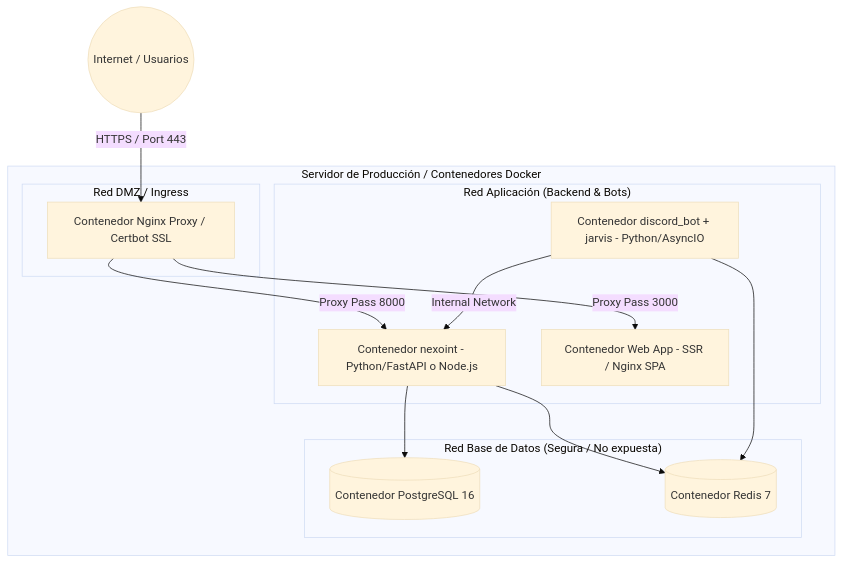
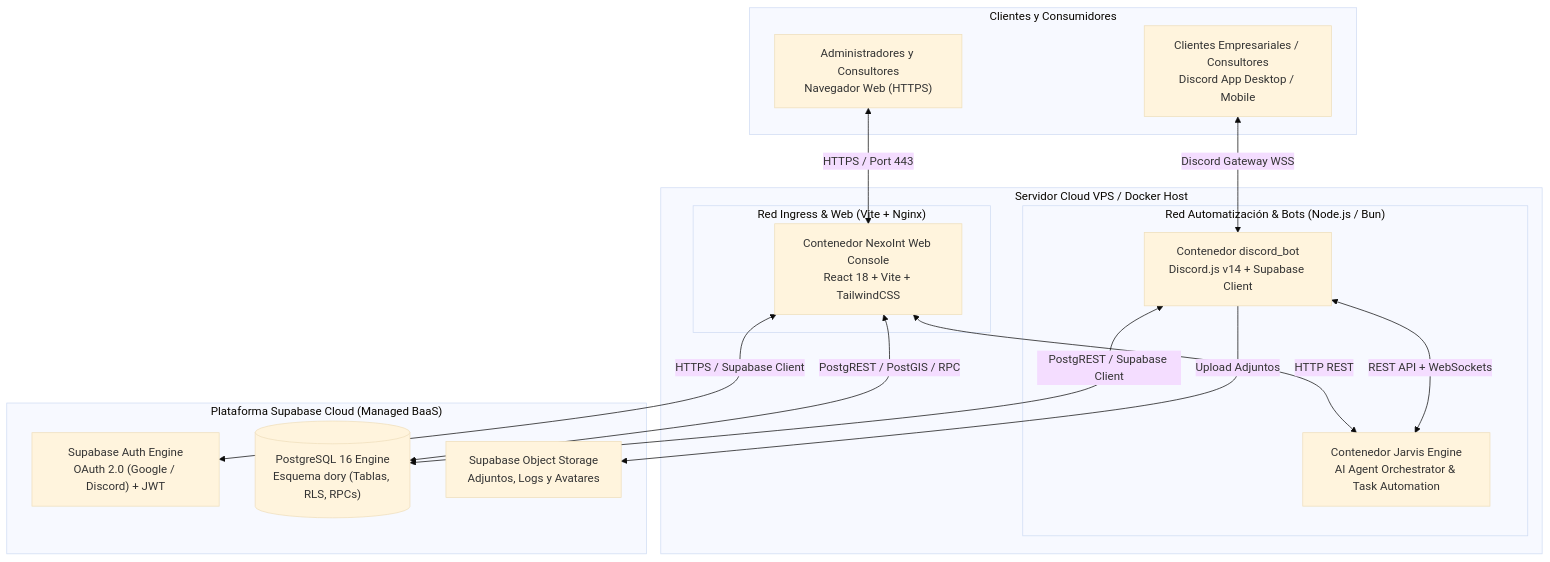
Before and after one commit to jesusalbujas/CONTROL-PST: the ninth of 12 diagrams in docs/proyectos/pst-4-arquitectura.md, drawn with Mermaid (base theme). The commit also changed other lines of this file and 1 other file, not shown here.

Commit message:
Enhance database documentation with new internal request field and detailed business rules for ERP Consultores

````diff
--- a/docs/proyectos/pst-4-arquitectura.md
+++ b/docs/proyectos/pst-4-arquitectura.md
@@ -406,27 +529,35 @@
 ```mermaid
 graph TB
-    subgraph sub_Servidor_de_Producci_n_Contenedores_Docker ["Servidor de Producción / Contenedores Docker"]
-        subgraph sub_Red_DMZ_Ingress ["Red DMZ / Ingress"]
-            NGINX["Contenedor Nginx Proxy / Certbot SSL"]
+    subgraph sub_Servidor_Cloud_VPS ["Servidor Cloud VPS / Docker Host"]
+        subgraph sub_Red_Ingress_Web ["Red Ingress & Web (Vite + Nginx)"]
+            SPA["Contenedor NexoInt Web Console<br>React 18 + Vite + TailwindCSS"]
         end
 
-        subgraph sub_Red_Aplicaci_n_Backend_Bots ["Red Aplicación (Backend & Bots)"]
-            NEXO["Contenedor nexoint - Python/FastAPI o Node.js"]
-            BOT_C["Contenedor discord_bot + jarvis - Python/AsyncIO"]
-            APP_WEB["Contenedor Web App - SSR / Nginx SPA"]
-        end
-
-        subgraph sub_Red_Base_de_Datos_Segura_No_expuesta ["Red Base de Datos (Segura / No expuesta)"]
-            PG_C[("Contenedor PostgreSQL 16")]
-            RED_C[("Contenedor Redis 7")]
+        subgraph sub_Red_Automatizacion_IA ["Red Automatización & Bots (Node.js / Bun)"]
+            BOT_CORE["Contenedor discord_bot<br>Discord.js v14 + Supabase Client"]
+            JARVIS_API["Contenedor Jarvis Engine<br>AI Agent Orchestrator & Task Automation"]
         end
     end
 
-    Internet(("Internet / Usuarios")) -->|HTTPS / Port 443| NGINX
-    NGINX -->|Proxy Pass 8000| NEXO
-    NGINX -->|Proxy Pass 3000| APP_WEB
-    BOT_C -->|Internal Network| NEXO
-    NEXO --> PG_C
-    NEXO --> RED_C
-    BOT_C --> RED_C
+    subgraph sub_Plataforma_Supabase_Cloud ["Plataforma Supabase Cloud (Managed BaaS)"]
+        AUTH_ENGINE["Supabase Auth Engine<br>OAuth 2.0 (Google / Discord) + JWT"]
+        PG_DORY[("PostgreSQL 16 Engine<br>Esquema dory (Tablas, RLS, RPCs)")]
+        STORAGE["Supabase Object Storage<br>Adjuntos, Logs y Avatares"]
+    end
+
+    subgraph sub_Clientes_y_Consumidores ["Clientes y Consumidores"]
+        CLIENT_USER["Clientes Empresariales / Consultores<br>Discord App Desktop / Mobile"]
+        ADMIN_USER["Administradores y Consultores<br>Navegador Web (HTTPS)"]
+    end
+
+    CLIENT_USER <-->|Discord Gateway WSS| BOT_CORE
+    ADMIN_USER <-->|HTTPS / Port 443| SPA
+
+    SPA <-->|HTTPS / Supabase Client| AUTH_ENGINE
+    SPA <-->|PostgREST / PostGIS / RPC| PG_DORY
+    SPA <-->|HTTP REST| JARVIS_API
+
+    BOT_CORE <-->|PostgREST / Supabase Client| PG_DORY
+    BOT_CORE <-->|REST API + WebSockets| JARVIS_API
+    BOT_CORE -->|Upload Adjuntos| STORAGE
 ```
````
